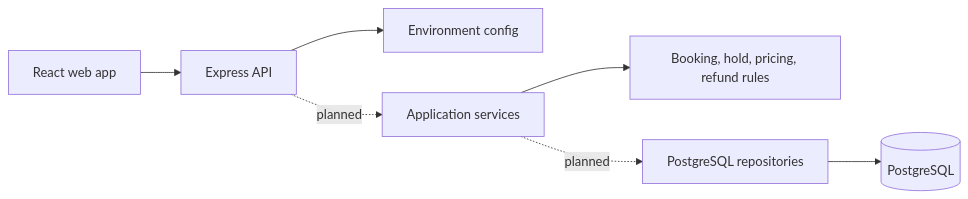
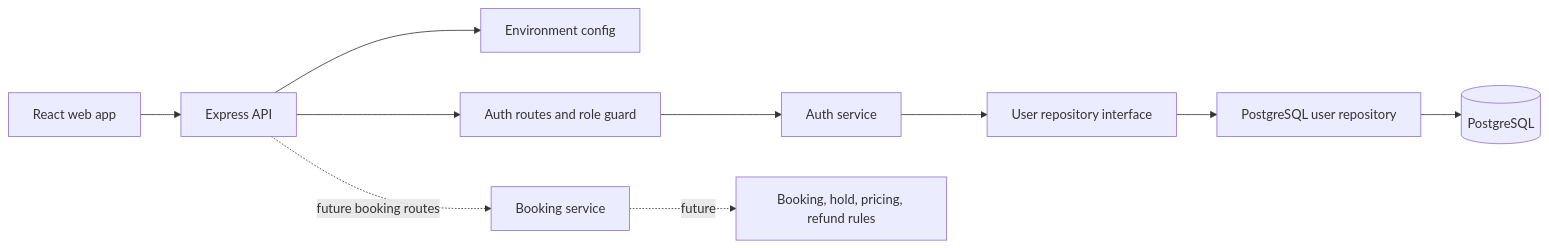
Before and after one commit to meherajmithun/TicketFlow: the diagram in ARCHITECTURE.md, drawn with Mermaid. The commit also changed other lines of this file and 3 other files, not shown here.

````diff
--- a/ARCHITECTURE.md
+++ b/ARCHITECTURE.md
@@ -5,9 +5,12 @@
 ```mermaid
 flowchart LR
   Browser[React web app] --> API[Express API]
   API --> Config[Environment config]
-  API -. planned .-> Services[Application services]
-  Services --> Domain[Booking, hold, pricing, refund rules]
-  Services -. planned .-> Repositories[PostgreSQL repositories]
-  Repositories --> DB[(PostgreSQL)]
+  API --> AuthHTTP[Auth routes and role guard]
+  AuthHTTP --> AuthService[Auth service]
+  AuthService --> UserRepo[User repository interface]
+  UserRepo --> PgUsers[PostgreSQL user repository]
+  PgUsers --> DB[(PostgreSQL)]
+  API -. future booking routes .-> BookingService[Booking service]
+  BookingService -. future .-> Domain[Booking, hold, pricing, refund rules]
 ```
````
